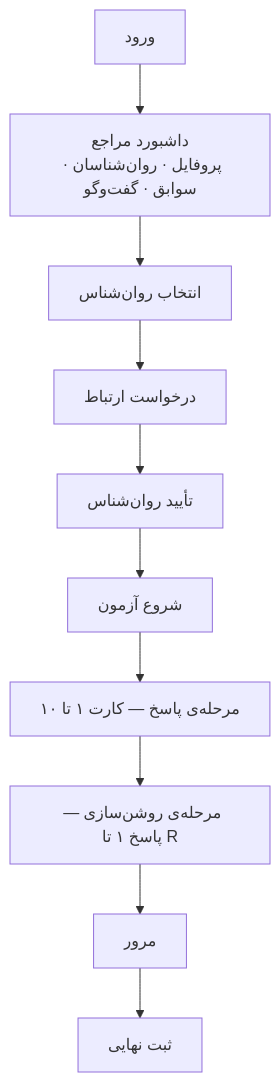
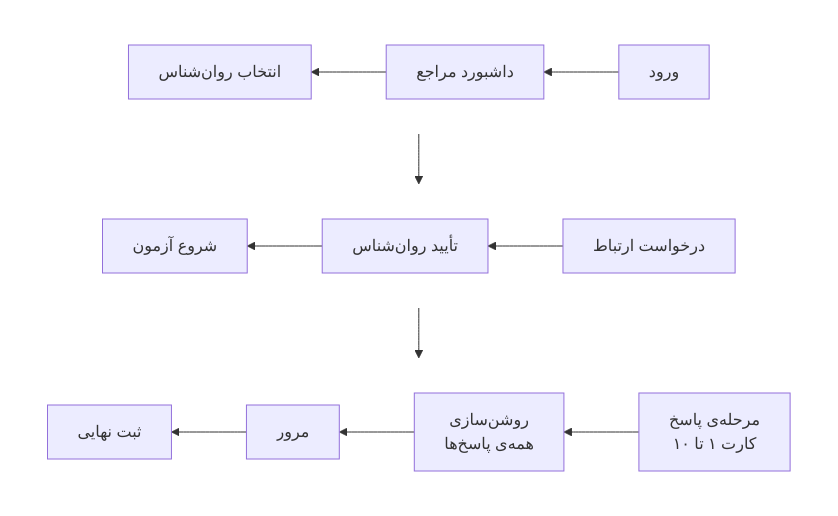
One commit to elmkhah/rorschach changed the second of 4 diagrams in documentation/01-requirements.md. Above: the diagram before and after it, drawn with Mermaid. The commit also changed other lines of this file and 1 other file, not shown here.

First line of the commit message:
Make the user flows in the requirements readable in Obsidian

````diff
--- a/documentation/01-requirements.md
+++ b/documentation/01-requirements.md
@@ -117,7 +132,19 @@
 ```mermaid
 flowchart TD
-    LG["ورود"] --> PD["داشبورد مراجع<br/>پروفایل · روان‌شناسان · سوابق · گفت‌وگو"]
-    PD --> SP["انتخاب روان‌شناس"] --> RQ["درخواست ارتباط"] --> AP["تأیید روان‌شناس"]
-    AP --> SA["شروع آزمون"] --> P1["مرحله‌ی پاسخ — کارت ۱ تا ۱۰"]
-    P1 --> P2["مرحله‌ی روشن‌سازی — پاسخ ۱ تا R"] --> RV["مرور"] --> C["ثبت نهایی"]
+    subgraph R1[" "]
+        direction RL
+        LG["ورود"] --> PD["داشبورد مراجع"] --> SP["انتخاب روان‌شناس"]
+    end
+    subgraph R2[" "]
+        direction RL
+        RQ["درخواست ارتباط"] --> AP["تأیید روان‌شناس"] --> SA["شروع آزمون"]
+    end
+    subgraph R3[" "]
+        direction RL
+        P1["مرحله‌ی پاسخ<br/>کارت ۱ تا ۱۰"] --> P2["روشن‌سازی<br/>همه‌ی پاسخ‌ها"] --> RV["مرور"] --> C["ثبت نهایی"]
+    end
+    R1 --> R2 --> R3
+    style R1 fill:none,stroke:none
+    style R2 fill:none,stroke:none
+    style R3 fill:none,stroke:none
 ```
````
